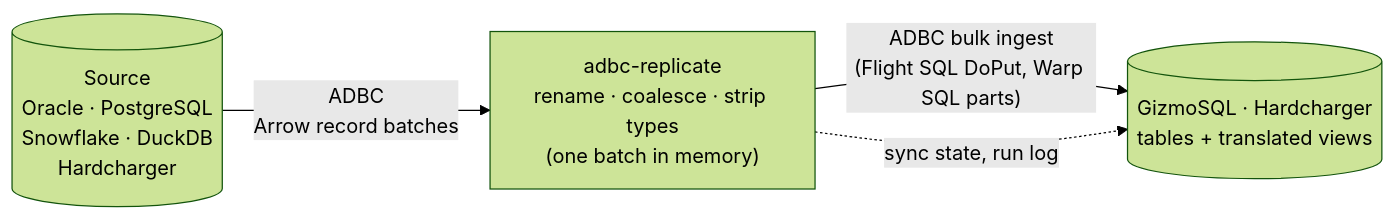
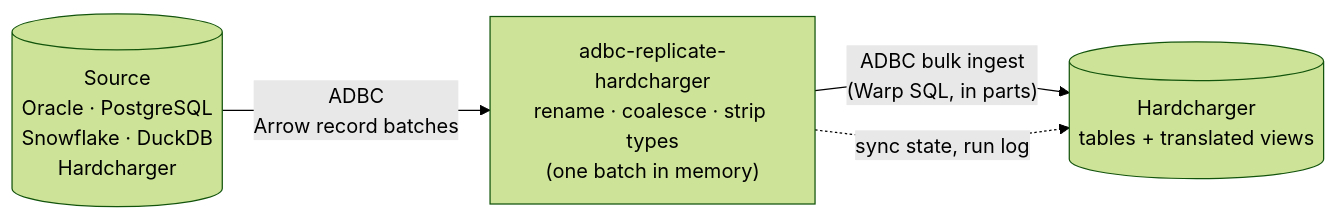
One commit to gizmodata/adbc-replicate-hardcharger changed the diagram in README.md. Above: the diagram before and after it, drawn with Mermaid (forest theme). The commit also changed other lines of this file and 63 other files, not shown here.

First line of the commit message:
adbc-replicate-hardcharger 0.1.0: Hardcharger-first, Hardcharger the only target

````diff
--- a/README.md
+++ b/README.md
@@ -21,6 +19,6 @@
 ```mermaid
 flowchart LR
-    S[("Source<br/>Oracle · PostgreSQL<br/>Snowflake · DuckDB<br/>Hardcharger")] -- "ADBC<br/>Arrow record batches" --> R["adbc-replicate<br/>rename · coalesce · strip types<br/>(one batch in memory)"]
-    R -- "ADBC bulk ingest<br/>(Flight SQL DoPut, Warp SQL parts)" --> T[("GizmoSQL · Hardcharger<br/>tables + translated views")]
+    S[("Source<br/>Oracle · PostgreSQL<br/>Snowflake · DuckDB<br/>Hardcharger")] -- "ADBC<br/>Arrow record batches" --> R["adbc-replicate-hardcharger<br/>rename · coalesce · strip types<br/>(one batch in memory)"]
+    R -- "ADBC bulk ingest<br/>(Warp SQL, in parts)" --> T[("Hardcharger<br/>tables + translated views")]
     R -. "sync state, run log" .-> T
 ```
````
